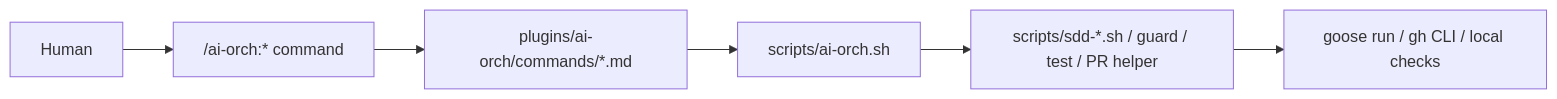
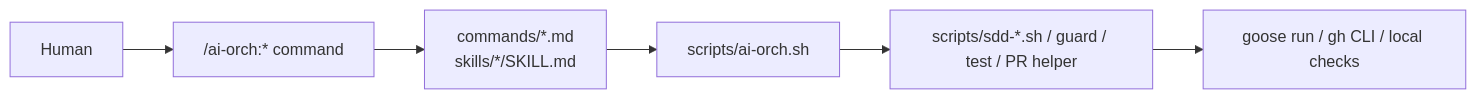
Before and after one commit to shaul1991/ai-orch: the seventh of 9 diagrams in docs/ai-orch-flow.md, drawn with Mermaid. The commit also changed other lines of this file and 19 other files, not shown here.

Commit message:
feat: expose ai-orch codex skills

````diff
--- a/docs/ai-orch-flow.md
+++ b/docs/ai-orch-flow.md
@@ -323,8 +324,8 @@
 ```mermaid
 flowchart LR
     H[Human] --> SLASH["/ai-orch:* command"]
-    SLASH --> CMDMD["plugins/ai-orch/commands/*.md"]
-    CMDMD --> ORCH["scripts/ai-orch.sh <flow>"]
+    SLASH --> SURFACE["commands/*.md<br/>skills/*/SKILL.md"]
+    SURFACE --> ORCH["scripts/ai-orch.sh <flow>"]
     ORCH --> SDD["scripts/sdd-*.sh / guard / test / PR helper"]
     SDD --> GOOSE["goose run / gh CLI / local checks"]
 ```
````
